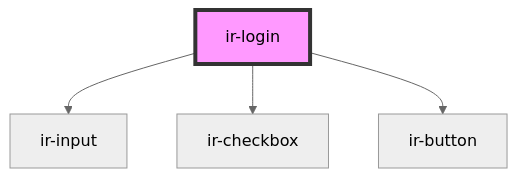
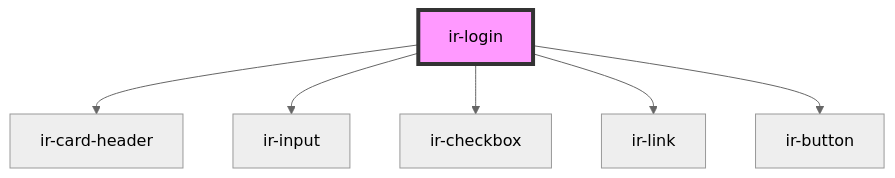
One commit to David1Chowaifaty/assignment-2-web-c changed the diagram in src/components/ir-login/readme.md. Above: the diagram before and after it, drawn with Mermaid (neutral theme). The commit also changed other lines of this file and 17 other files, not shown here.

````diff
--- a/src/components/ir-login/readme.md
+++ b/src/components/ir-login/readme.md
@@ -17,7 +26,9 @@
 ```mermaid
 graph TD;
+  ir-login --> ir-card-header
   ir-login --> ir-input
   ir-login --> ir-checkbox
+  ir-login --> ir-link
   ir-login --> ir-button
   style ir-login fill:#f9f,stroke:#333,stroke-width:4px
 ```
````
